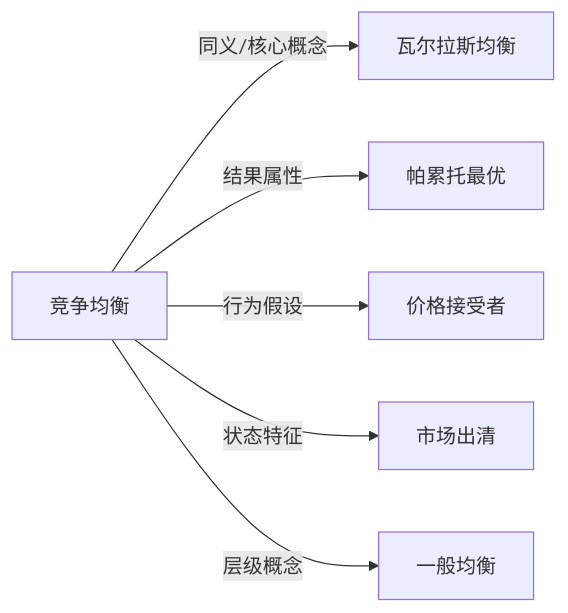
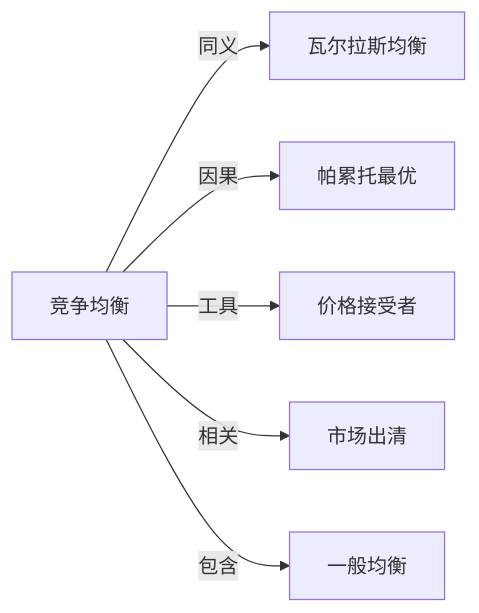
Before and after one commit to KIMMCHOW/MyKnowledge: the diagram in Knowledge/Concepts/经济/竞争均衡.md, drawn with Mermaid. The commit also changed 95 other files, not shown here.

Commit message:
reorganize: 统一关系图边标签为11类

````diff
--- a/Knowledge/Concepts/经济/竞争均衡.md
+++ b/Knowledge/Concepts/经济/竞争均衡.md
@@ -46,8 +46,8 @@
 ```mermaid
 graph LR
-竞争均衡 -->|同义/核心概念| 瓦尔拉斯均衡
-竞争均衡 -->|结果属性| 帕累托最优
-竞争均衡 -->|行为假设| 价格接受者
-竞争均衡 -->|状态特征| 市场出清
-竞争均衡 -->|层级概念| 一般均衡
+竞争均衡 -->|同义| 瓦尔拉斯均衡
+竞争均衡 -->|因果| 帕累托最优
+竞争均衡 -->|工具| 价格接受者
+竞争均衡 -->|相关| 市场出清
+竞争均衡 -->|包含| 一般均衡
 ```
````
